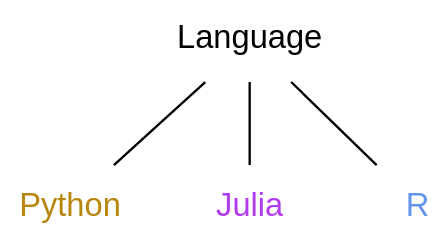
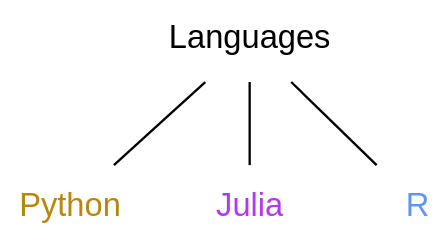
The third of 23 diagrams in ml/frameworks_slides.qmd (WestDRI/arc-training), drawn with Graphviz before and after one commit. The commit also changed other lines of this file, not shown here.

````diff
--- a/ml/frameworks_slides.qmd
+++ b/ml/frameworks_slides.qmd
@@ -71,16 +83,16 @@
 ```{dot}
 //| echo: false
 
 strict graph {
   
 bgcolor="transparent"
 node [fontname="Inconsolata, sans-serif", shape=plaintext]
 
 Python [fontcolor=darkgoldenrod, URL="https://www.python.org/"]
 Julia [fontcolor=darkorchid2, URL="https://julialang.org/"]
 R [fontcolor=cornflowerblue, URL="https://www.r-project.org/"]
 
-Language -- {Python Julia R}
+Languages -- {Python Julia R}
 
 }
 ```
````
